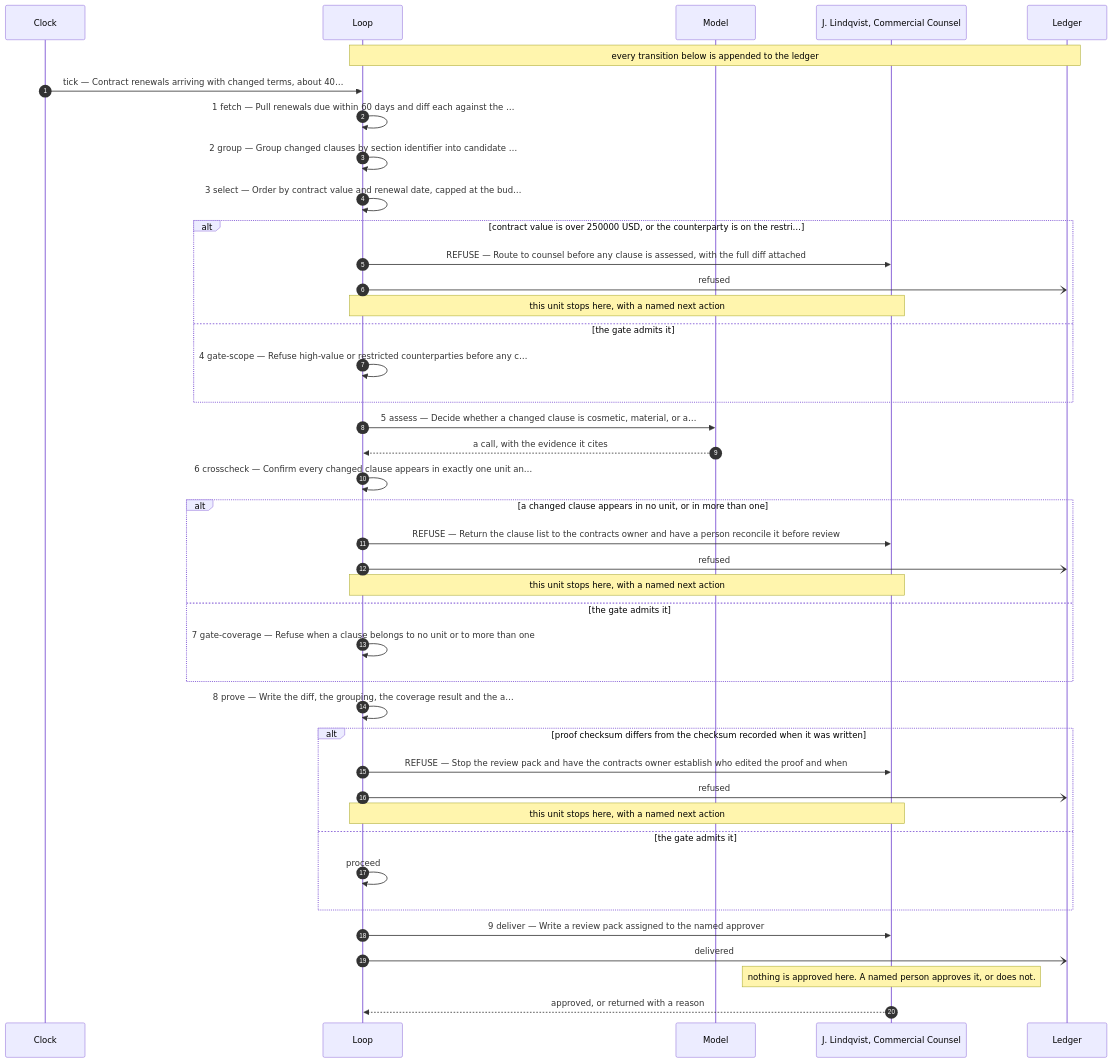
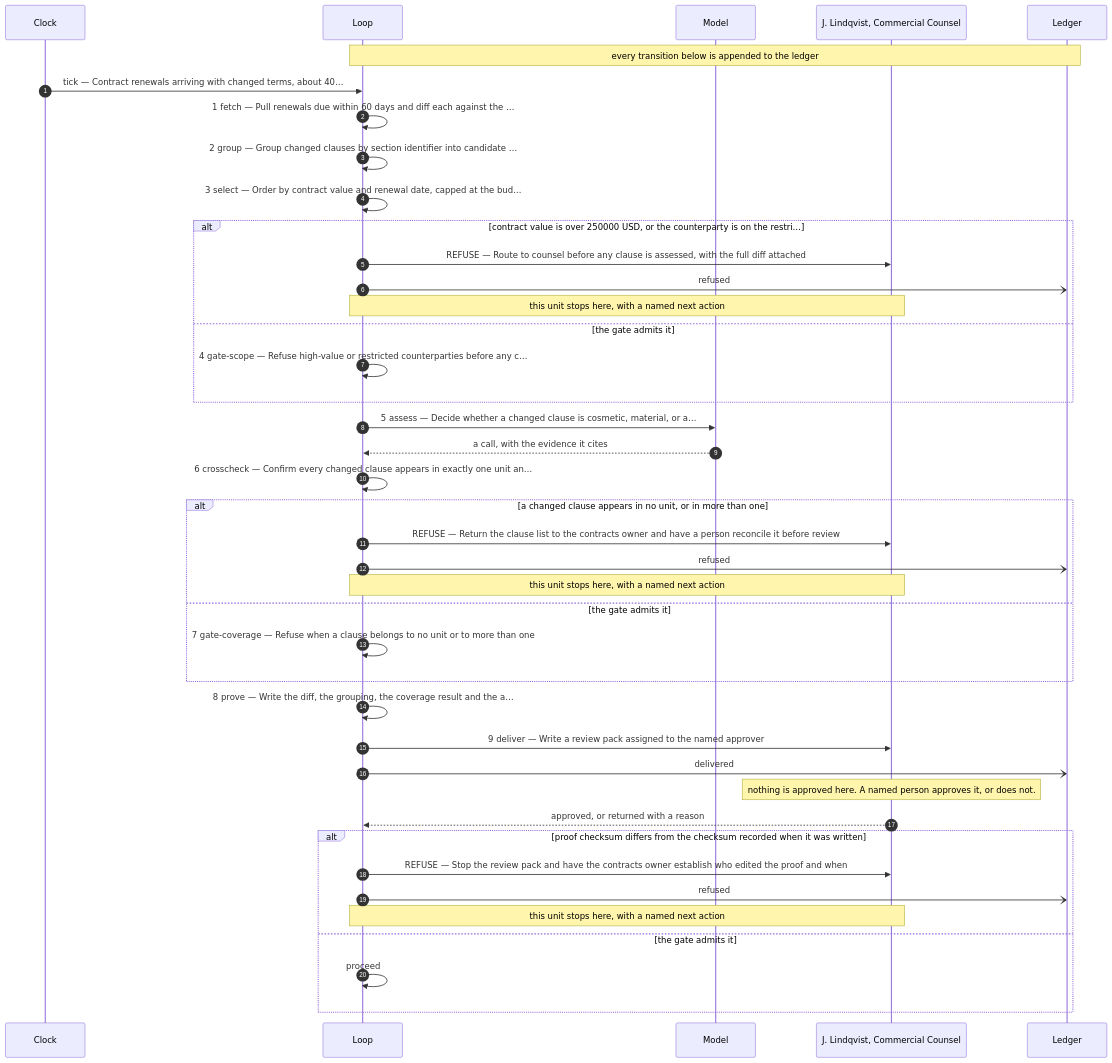
Before and after one commit to TheChrisOneil/agentic-loop: the diagram in course/workshop/loops/renewals/DESIGN.md, drawn with Mermaid. The commit also changed other lines of this file and 9 other files, not shown here.

````diff
--- a/course/workshop/loops/renewals/DESIGN.md
+++ b/course/workshop/loops/renewals/DESIGN.md
@@ -20,47 +20,47 @@
 ```mermaid
 %% Generated by render.sh from the design. Do not edit by hand —
 %% edit the design and render again. This diagram cannot disagree with it.
 sequenceDiagram
     autonumber
     participant C as Clock
     participant L as Loop
     participant M as Model
     participant H as J. Lindqvist, Commercial Counsel
     participant G as Ledger
 
     Note over L,G: every transition below is appended to the ledger
     C->>L: tick — Contract renewals arriving with changed terms, about 40…
 
     L->>L: 1 fetch — Pull renewals due within 60 days and diff each against the …
     L->>L: 2 group — Group changed clauses by section identifier into candidate …
     L->>L: 3 select — Order by contract value and renewal date, capped at the bud…
     alt contract value is over 250000 USD, or the counterparty is on the restri…
         L->>H: REFUSE — Route to counsel before any clause is assessed, with the full diff attached
         L-)G: refused
         Note over L,H: this unit stops here, with a named next action
     else the gate admits it
         L->>L: 4 gate-scope — Refuse high-value or restricted counterparties before any c…
     end
     L->>M: 5 assess — Decide whether a changed clause is cosmetic, material, or a…
     M-->>L: a call, with the evidence it cites
     L->>L: 6 crosscheck — Confirm every changed clause appears in exactly one unit an…
     alt a changed clause appears in no unit, or in more than one
         L->>H: REFUSE — Return the clause list to the contracts owner and have a person reconcile it before review
         L-)G: refused
         Note over L,H: this unit stops here, with a named next action
     else the gate admits it
         L->>L: 7 gate-coverage — Refuse when a clause belongs to no unit or to more than one
     end
     L->>L: 8 prove — Write the diff, the grouping, the coverage result and the a…
+    L->>H: 9 deliver — Write a review pack assigned to the named approver
+    L-)G: delivered
+    Note over H: nothing is approved here. A named person approves it, or does not.
+    H-->>L: approved, or returned with a reason
     alt proof checksum differs from the checksum recorded when it was written
         L->>H: REFUSE — Stop the review pack and have the contracts owner establish who edited the proof and when
         L-)G: refused
         Note over L,H: this unit stops here, with a named next action
     else the gate admits it
         L->>L: proceed
     end
-    L->>H: 9 deliver — Write a review pack assigned to the named approver
-    L-)G: delivered
-    Note over H: nothing is approved here. A named person approves it, or does not.
-    H-->>L: approved, or returned with a reason
 ```
````
